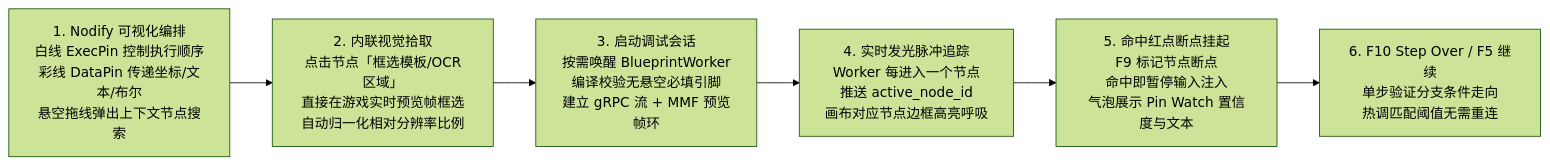
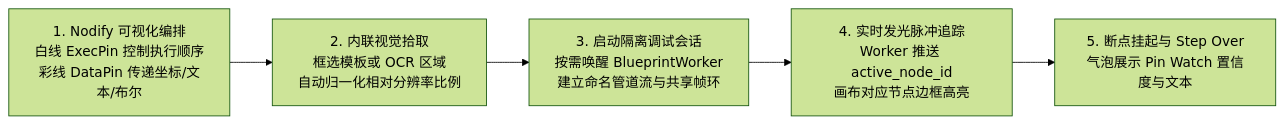
Before and after one commit to chialecode/spawn: the second of 3 diagrams in docs/design/interaction-and-workflows.md, drawn with Mermaid (forest theme). The commit also changed other lines of this file and 139 other files, not shown here.

````diff
--- a/docs/design/interaction-and-workflows.md
+++ b/docs/design/interaction-and-workflows.md
@@ -66,8 +89,7 @@
 ```mermaid
 flowchart LR
-    Canvas["1. Nodify 可视化编排<br/>白线 ExecPin 控制执行顺序<br/>彩线 DataPin 传递坐标/文本/布尔<br/>悬空拖线弹出上下文节点搜索"] --> ROI["2. 内联视觉拾取<br/>点击节点「框选模板/OCR区域」<br/>直接在游戏实时预览帧框选<br/>自动归一化相对分辨率比例"]
-    ROI --> Run["3. 启动调试会话<br/>按需唤醒 BlueprintWorker<br/>编译校验无悬空必填引脚<br/>建立 gRPC 流 + MMF 预览帧环"]
-    Run --> Pulse["4. 实时发光脉冲追踪<br/>Worker 每进入一个节点<br/>推送 active_node_id<br/>画布对应节点边框高亮呼吸"]
-    Pulse --> Break["5. 命中红点断点挂起<br/>F9 标记节点断点<br/>命中即暂停输入注入<br/>气泡展示 Pin Watch 置信度与文本"]
-    Break --> Step["6. F10 Step Over / F5 继续<br/>单步验证分支条件走向<br/>热调匹配阈值无需重连"]
+    Canvas["1. Nodify 可视化编排<br/>白线 ExecPin 控制执行顺序<br/>彩线 DataPin 传递坐标/文本/布尔"] --> ROI["2. 内联视觉拾取<br/>框选模板或 OCR 区域<br/>自动归一化相对分辨率比例"]
+    ROI --> Run["3. 启动隔离调试会话<br/>按需唤醒 BlueprintWorker<br/>建立命名管道流与共享帧环"]
+    Run --> Pulse["4. 实时发光脉冲追踪<br/>Worker 推送 active_node_id<br/>画布对应节点边框高亮"]
+    Pulse --> Step["5. 断点挂起与 Step Over<br/>气泡展示 Pin Watch 置信度与文本"]
 ```
````
